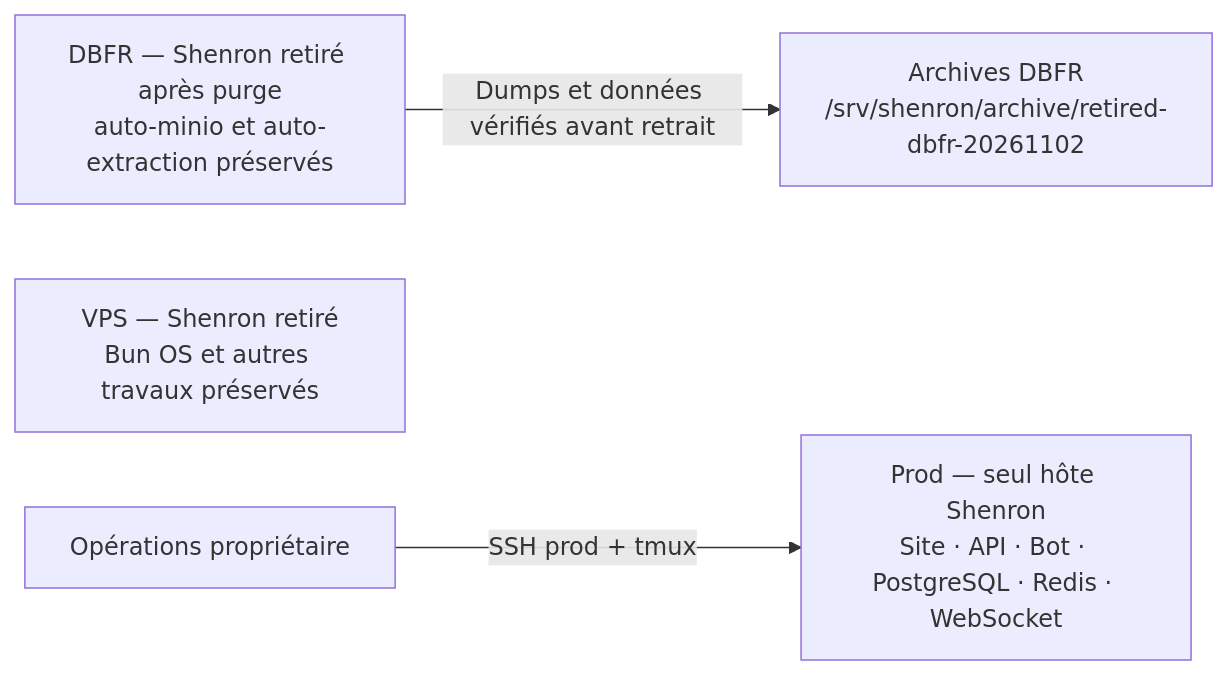
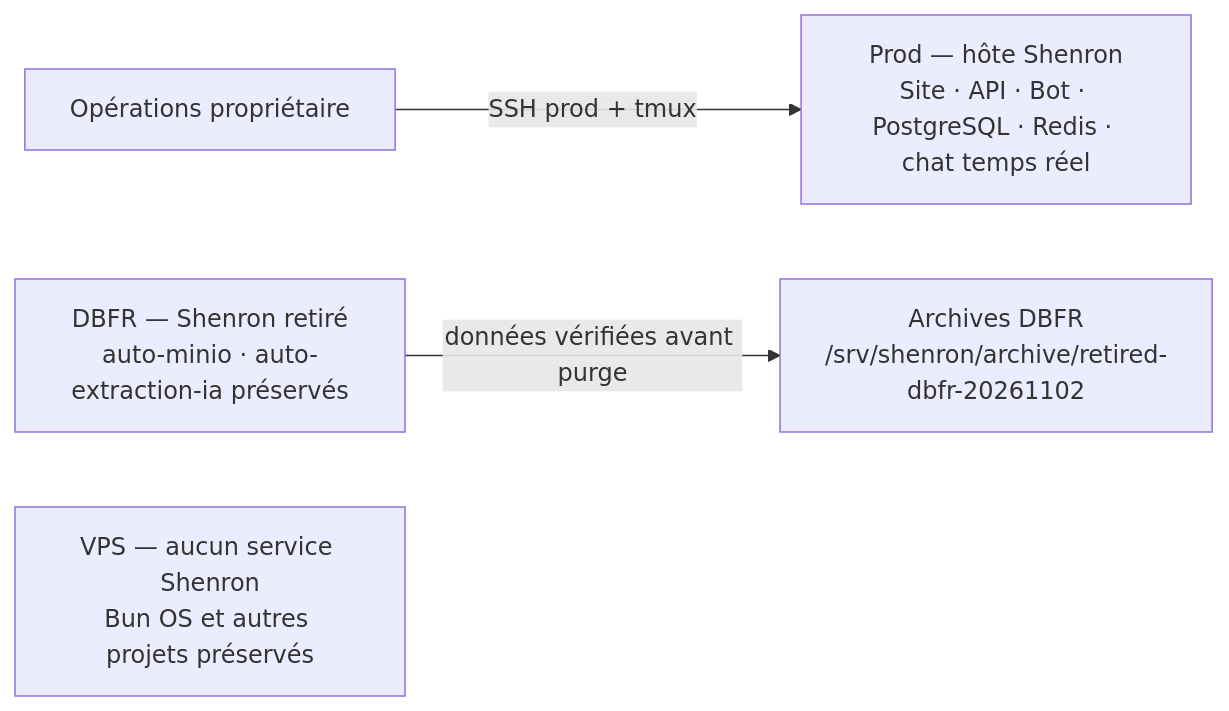
The diagram in docs/operations/PROD-HOSTING.md (aphrody-labs/shenron), drawn with Mermaid before and after one commit. The commit also changed other lines of this file and 1 other file, not shown here.

Commit message:
docs(ops): record Shenron Prod consolidation

```diff
--- a/docs/operations/PROD-HOSTING.md
+++ b/docs/operations/PROD-HOSTING.md
@@ -7,10 +7,10 @@
 ~~~mermaid
 flowchart LR
-  Prod["Prod — seul hôte Shenron<br/>Site · API · Bot · PostgreSQL · Redis · WebSocket"]
+  Operateur["Opérations propriétaire"]
+  Prod["Prod — hôte Shenron<br/>Site · API · Bot · PostgreSQL · Redis · chat temps réel"]
   Archive["Archives DBFR<br/>/srv/shenron/archive/retired-dbfr-20261102"]
-  DBFR["DBFR — Shenron retiré après purge<br/>auto-minio et auto-extraction préservés"]
-  VPS["VPS — Shenron retiré<br/>Bun OS et autres travaux préservés"]
-  Operateur["Opérations propriétaire"]
+  DBFR["DBFR — Shenron retiré<br/>auto-minio · auto-extraction-ia préservés"]
+  VPS["VPS — aucun service Shenron<br/>Bun OS et autres projets préservés"]
   Operateur -->|SSH prod + tmux| Prod
-  DBFR -->|Dumps et données vérifiés avant retrait| Archive
+  DBFR -->|données vérifiées avant purge| Archive
 ~~~
```
